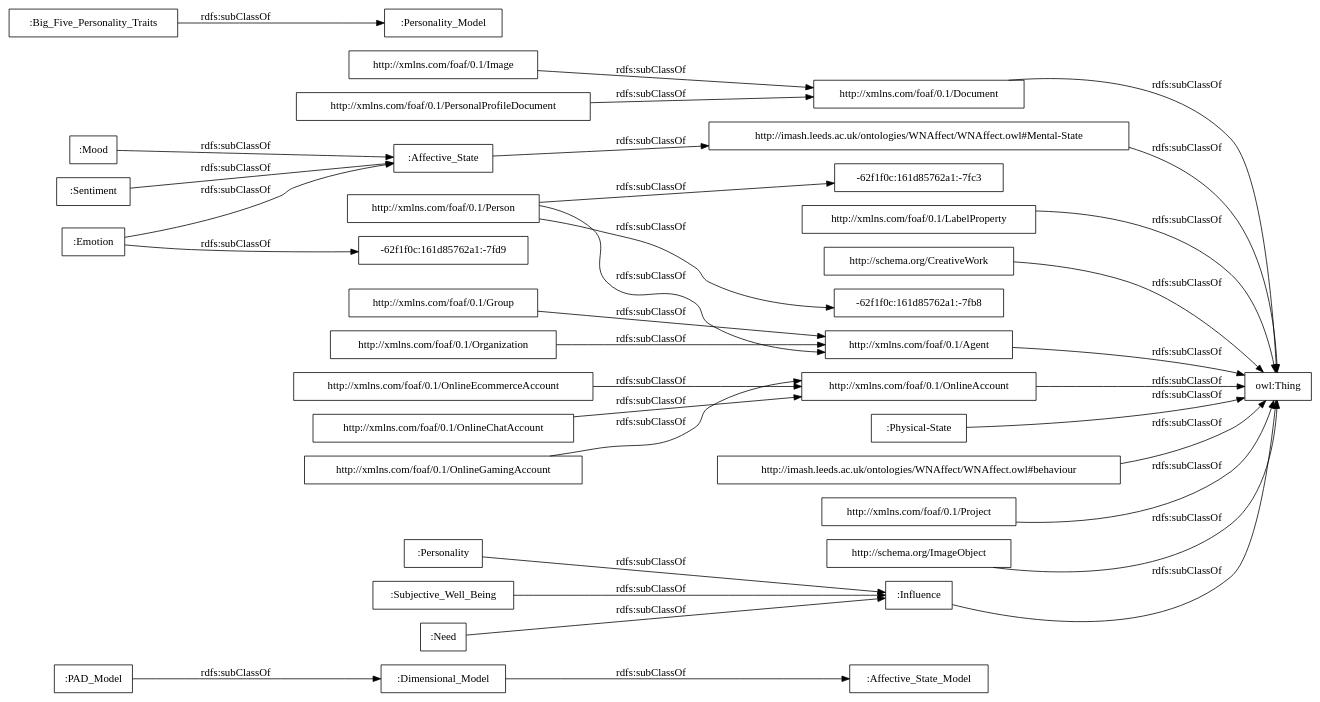
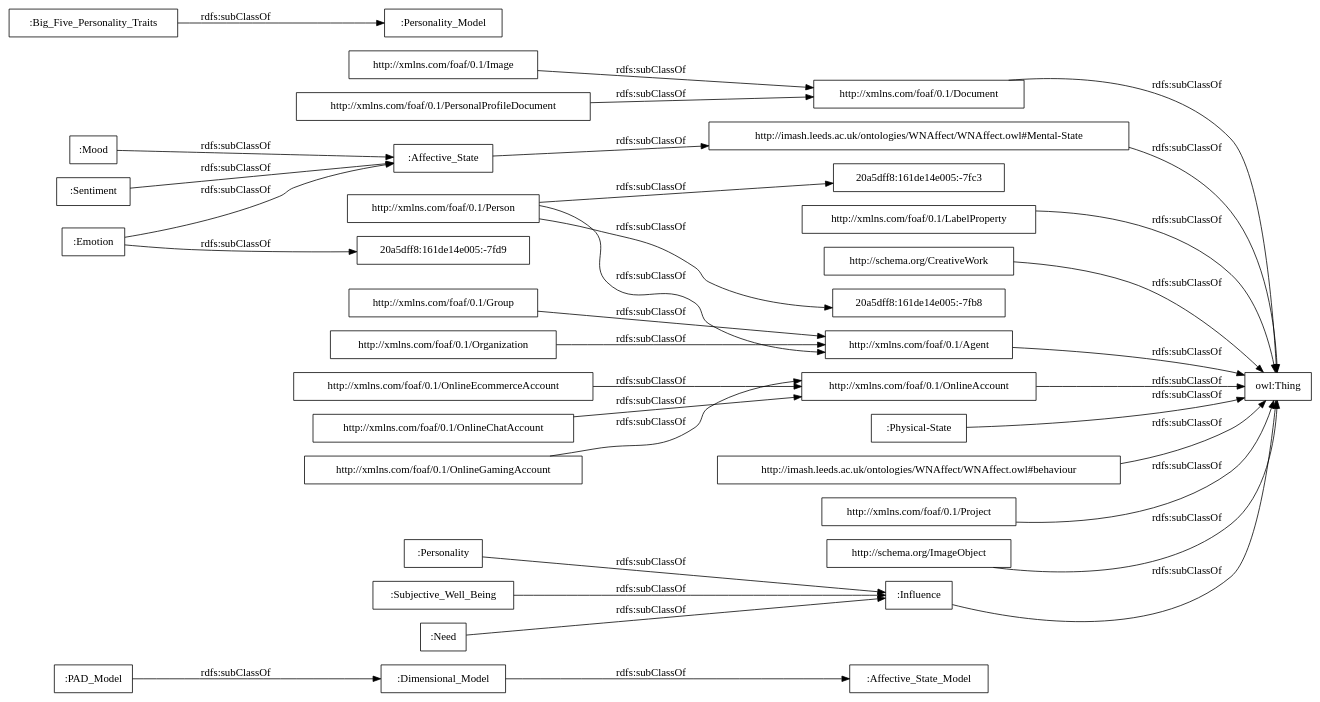
One commit to rana-othman/HASIO-Modularization changed the diagram in OnToology/Affective_States_Influences_Relations_Module.owl/diagrams/ar2dtool-taxonomy/Affective_States_Influences_Relations_Module.owl.png.dot. Above: the diagram before and after it, drawn with Graphviz. The commit also changed 72 other files, not shown here.

```diff
--- a/OnToology/Affective_States_Influences_Relations_Module.owl/diagrams/ar2dtool-taxonomy/Affective_States_Influences_Relations_Module.owl.png.dot
+++ b/OnToology/Affective_States_Influences_Relations_Module.owl/diagrams/ar2dtool-taxonomy/Affective_States_Influences_Relations_Module.owl.png.dot
@@ -1,38 +1,38 @@
 digraph ar2dtool_diagram { 
 rankdir=LR;
 size="1000"
-node [shape = rectangle, color="black"]; ":Affective_State_Model" ":Personality" "http://xmlns.com/foaf/0.1/Document" ":Sentiment" ":Emotion" "http://xmlns.com/foaf/0.1/OnlineGamingAccount" "-62f1f0c:161d85762a1:-7fc3" "http://xmlns.com/foaf/0.1/Group" ":Influence" ":Affective_State" "http://imash.leeds.ac.uk/ontologies/WNAffect/WNAffect.owl#Mental-State" "http://xmlns.com/foaf/0.1/LabelProperty" ":Mood" ":Dimensional_Model" "http://xmlns.com/foaf/0.1/Person" ":Need" "http://xmlns.com/foaf/0.1/OnlineEcommerceAccount" ":Subjective_Well_Being" "http://schema.org/CreativeWork" "http://xmlns.com/foaf/0.1/Organization" "-62f1f0c:161d85762a1:-7fd9" "http://xmlns.com/foaf/0.1/Agent" ":Physical-State" "http://imash.leeds.ac.uk/ontologies/WNAffect/WNAffect.owl#behaviour" ":Personality_Model" "http://xmlns.com/foaf/0.1/OnlineChatAccount" "http://xmlns.com/foaf/0.1/Image" "http://xmlns.com/foaf/0.1/PersonalProfileDocument" ":Big_Five_Personality_Traits" "-62f1f0c:161d85762a1:-7fb8" ":PAD_Model" "http://xmlns.com/foaf/0.1/Project" "http://schema.org/ImageObject" "http://xmlns.com/foaf/0.1/OnlineAccount" ; /*classes style*/
+node [shape = rectangle, color="black"]; ":Affective_State_Model" ":Personality" "http://xmlns.com/foaf/0.1/Document" ":Sentiment" "20a5dff8:161de14e005:-7fc3" ":Emotion" "http://xmlns.com/foaf/0.1/OnlineGamingAccount" "http://xmlns.com/foaf/0.1/Group" ":Influence" ":Affective_State" "http://imash.leeds.ac.uk/ontologies/WNAffect/WNAffect.owl#Mental-State" "http://xmlns.com/foaf/0.1/LabelProperty" ":Mood" ":Dimensional_Model" "20a5dff8:161de14e005:-7fd9" "http://xmlns.com/foaf/0.1/Person" ":Need" "http://xmlns.com/foaf/0.1/OnlineEcommerceAccount" ":Subjective_Well_Being" "http://schema.org/CreativeWork" "http://xmlns.com/foaf/0.1/Organization" "http://xmlns.com/foaf/0.1/Agent" ":Physical-State" "http://imash.leeds.ac.uk/ontologies/WNAffect/WNAffect.owl#behaviour" ":Personality_Model" "http://xmlns.com/foaf/0.1/OnlineChatAccount" "20a5dff8:161de14e005:-7fb8" "http://xmlns.com/foaf/0.1/Image" "http://xmlns.com/foaf/0.1/PersonalProfileDocument" ":Big_Five_Personality_Traits" ":PAD_Model" "http://xmlns.com/foaf/0.1/Project" "http://schema.org/ImageObject" "http://xmlns.com/foaf/0.1/OnlineAccount" ; /*classes style*/
 	"http://xmlns.com/foaf/0.1/Project" -> "owl:Thing" [ label = "rdfs:subClassOf" ];
 	":Physical-State" -> "owl:Thing" [ label = "rdfs:subClassOf" ];
 	"http://xmlns.com/foaf/0.1/Document" -> "owl:Thing" [ label = "rdfs:subClassOf" ];
 	":PAD_Model" -> ":Dimensional_Model" [ label = "rdfs:subClassOf" ];
 	"http://schema.org/ImageObject" -> "owl:Thing" [ label = "rdfs:subClassOf" ];
-	":Emotion" -> "-62f1f0c:161d85762a1:-7fd9" [ label = "rdfs:subClassOf" ];
+	":Emotion" -> "20a5dff8:161de14e005:-7fd9" [ label = "rdfs:subClassOf" ];
 	":Emotion" -> ":Affective_State" [ label = "rdfs:subClassOf" ];
 	":Influence" -> "owl:Thing" [ label = "rdfs:subClassOf" ];
 	"http://xmlns.com/foaf/0.1/OnlineGamingAccount" -> "http://xmlns.com/foaf/0.1/OnlineAccount" [ label = "rdfs:subClassOf" ];
 	"http://imash.leeds.ac.uk/ontologies/WNAffect/WNAffect.owl#Mental-State" -> "owl:Thing" [ label = "rdfs:subClassOf" ];
 	"http://xmlns.com/foaf/0.1/PersonalProfileDocument" -> "http://xmlns.com/foaf/0.1/Document" [ label = "rdfs:subClassOf" ];
 	"http://imash.leeds.ac.uk/ontologies/WNAffect/WNAffect.owl#behaviour" -> "owl:Thing" [ label = "rdfs:subClassOf" ];
 	":Big_Five_Personality_Traits" -> ":Personality_Model" [ label = "rdfs:subClassOf" ];
 	"http://xmlns.com/foaf/0.1/Group" -> "http://xmlns.com/foaf/0.1/Agent" [ label = "rdfs:subClassOf" ];
 	"http://xmlns.com/foaf/0.1/OnlineChatAccount" -> "http://xmlns.com/foaf/0.1/OnlineAccount" [ label = "rdfs:subClassOf" ];
 	":Sentiment" -> ":Affective_State" [ label = "rdfs:subClassOf" ];
 	":Subjective_Well_Being" -> ":Influence" [ label = "rdfs:subClassOf" ];
 	"http://xmlns.com/foaf/0.1/Image" -> "http://xmlns.com/foaf/0.1/Document" [ label = "rdfs:subClassOf" ];
 	":Affective_State" -> "http://imash.leeds.ac.uk/ontologies/WNAffect/WNAffect.owl#Mental-State" [ label = "rdfs:subClassOf" ];
-	"http://xmlns.com/foaf/0.1/Person" -> "-62f1f0c:161d85762a1:-7fb8" [ label = "rdfs:subClassOf" ];
-	"http://xmlns.com/foaf/0.1/Person" -> "-62f1f0c:161d85762a1:-7fc3" [ label = "rdfs:subClassOf" ];
+	"http://xmlns.com/foaf/0.1/Person" -> "20a5dff8:161de14e005:-7fc3" [ label = "rdfs:subClassOf" ];
+	"http://xmlns.com/foaf/0.1/Person" -> "20a5dff8:161de14e005:-7fb8" [ label = "rdfs:subClassOf" ];
 	"http://xmlns.com/foaf/0.1/Person" -> "http://xmlns.com/foaf/0.1/Agent" [ label = "rdfs:subClassOf" ];
 	":Dimensional_Model" -> ":Affective_State_Model" [ label = "rdfs:subClassOf" ];
 	"http://xmlns.com/foaf/0.1/Agent" -> "owl:Thing" [ label = "rdfs:subClassOf" ];
 	":Personality" -> ":Influence" [ label = "rdfs:subClassOf" ];
 	"http://xmlns.com/foaf/0.1/Organization" -> "http://xmlns.com/foaf/0.1/Agent" [ label = "rdfs:subClassOf" ];
 	"http://xmlns.com/foaf/0.1/OnlineAccount" -> "owl:Thing" [ label = "rdfs:subClassOf" ];
 	":Mood" -> ":Affective_State" [ label = "rdfs:subClassOf" ];
 	"http://schema.org/CreativeWork" -> "owl:Thing" [ label = "rdfs:subClassOf" ];
 	"http://xmlns.com/foaf/0.1/LabelProperty" -> "owl:Thing" [ label = "rdfs:subClassOf" ];
 	":Need" -> ":Influence" [ label = "rdfs:subClassOf" ];
 	"http://xmlns.com/foaf/0.1/OnlineEcommerceAccount" -> "http://xmlns.com/foaf/0.1/OnlineAccount" [ label = "rdfs:subClassOf" ];
 
 }
```
